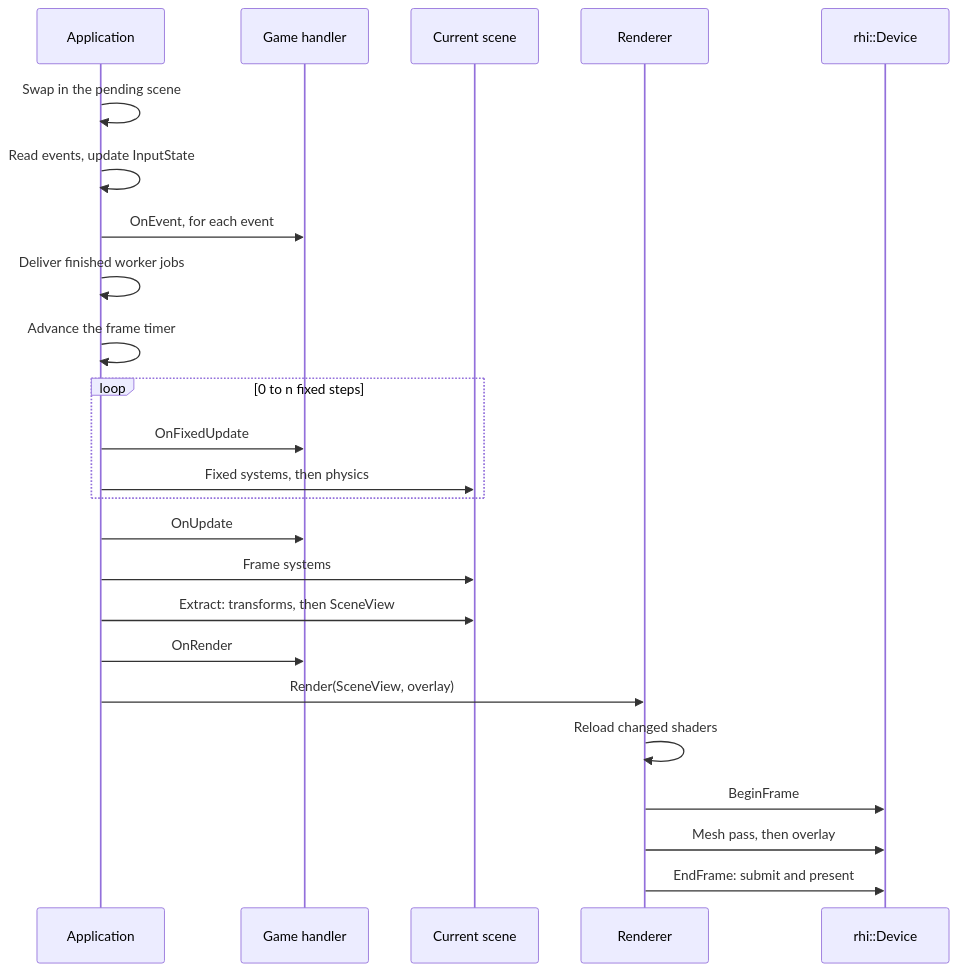
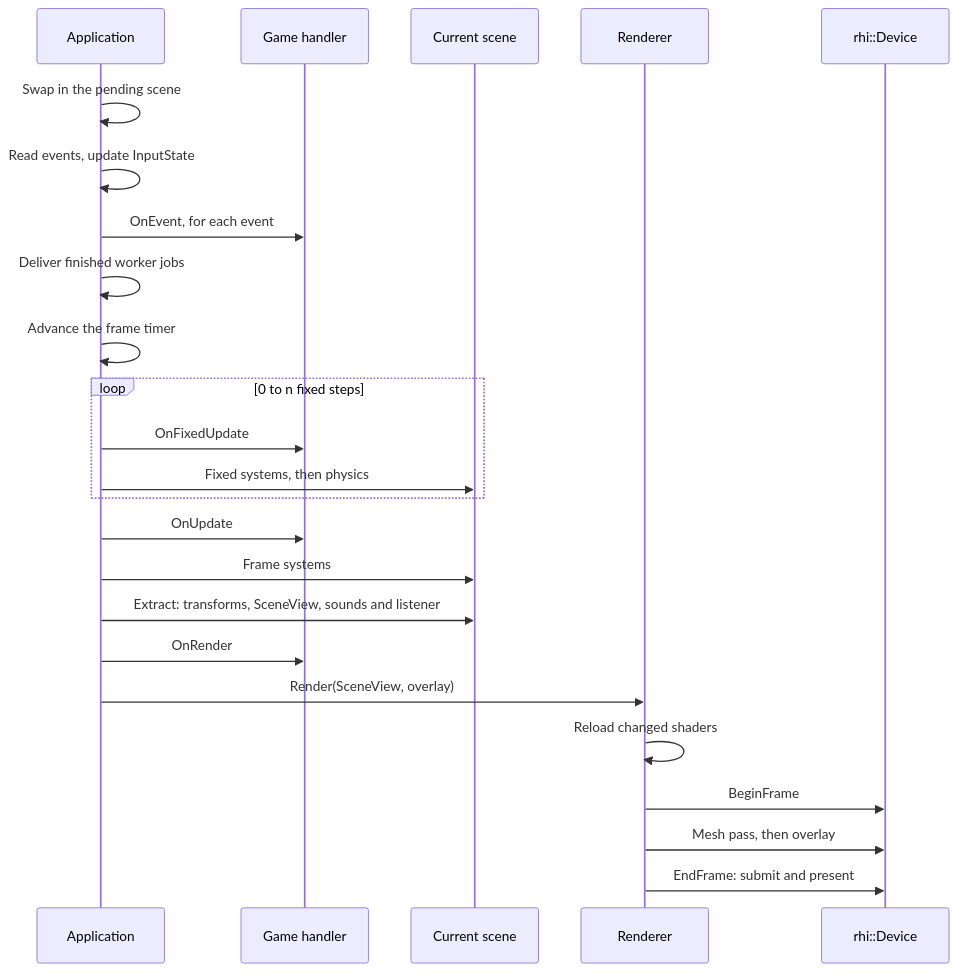
The third of 6 diagrams in docs/ARCHITECTURE.md (SBXdev3D/daidalos-engine-next), drawn with Mermaid before and after one commit. The commit also changed other lines of this file and 28 other files, not shown here.

````diff
--- a/docs/ARCHITECTURE.md
+++ b/docs/ARCHITECTURE.md
@@ -102,27 +106,27 @@
 ```mermaid
 sequenceDiagram
     participant A as Application
     participant G as Game handler
     participant S as Current scene
     participant R as Renderer
     participant D as rhi::Device
 
     A->>A: Swap in the pending scene
     A->>A: Read events, update InputState
     A->>G: OnEvent, for each event
     A->>A: Deliver finished worker jobs
     A->>A: Advance the frame timer
     loop 0 to n fixed steps
         A->>G: OnFixedUpdate
         A->>S: Fixed systems, then physics
     end
     A->>G: OnUpdate
     A->>S: Frame systems
-    A->>S: Extract: transforms, then SceneView
+    A->>S: Extract: transforms, SceneView, sounds and listener
     A->>G: OnRender
     A->>R: Render(SceneView, overlay)
     R->>R: Reload changed shaders
     R->>D: BeginFrame
     R->>D: Mesh pass, then overlay
     R->>D: EndFrame: submit and present
 ```
````
